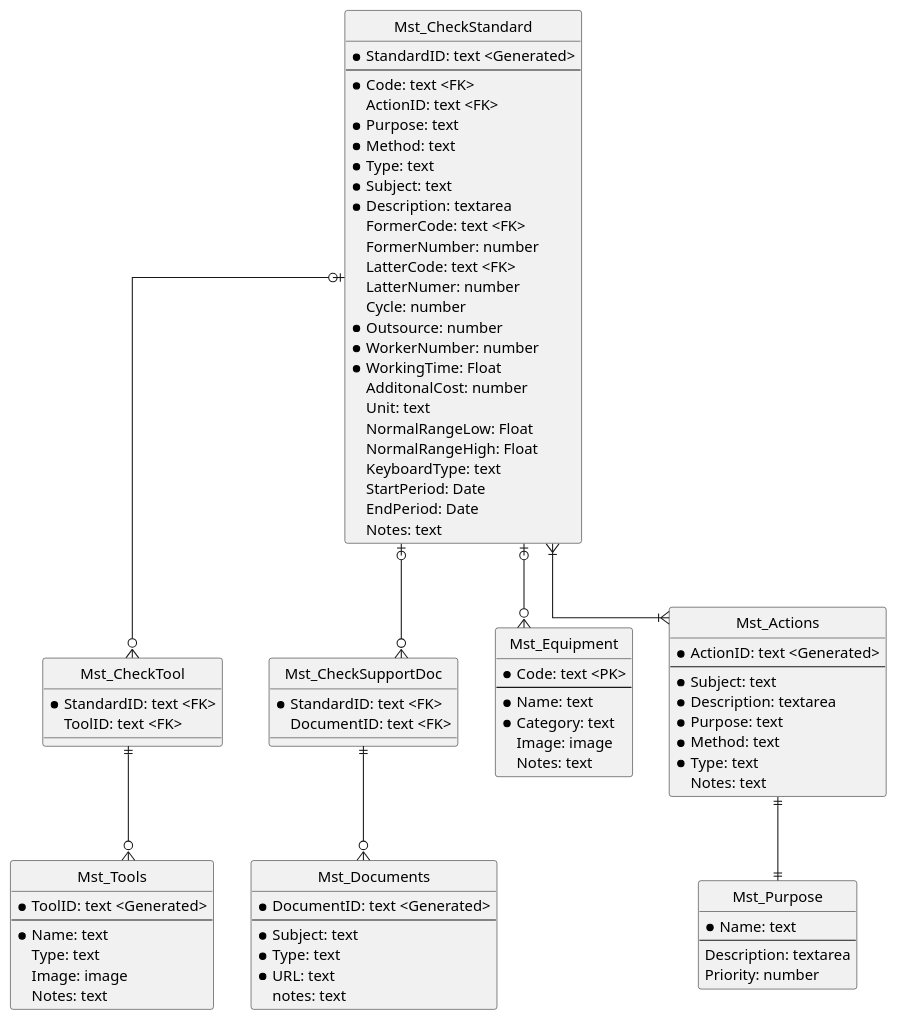
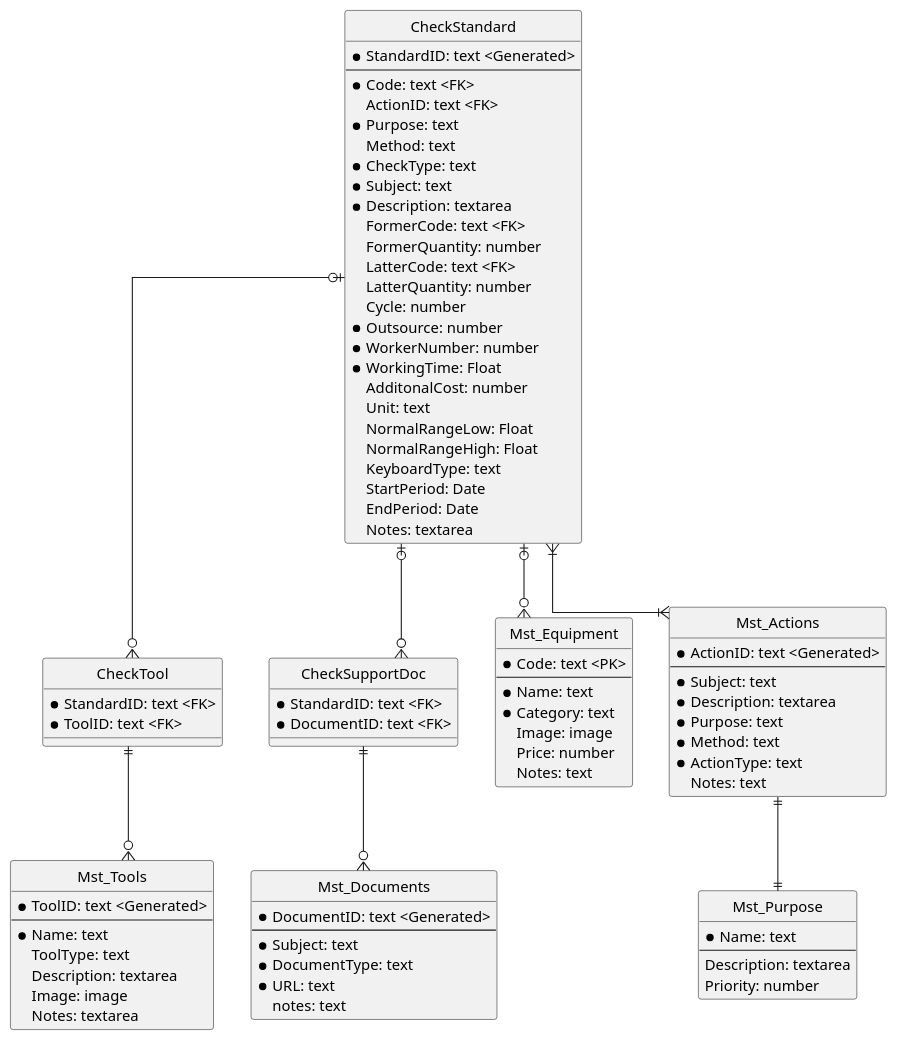
Before and after one commit to himiz6912/mms: the diagram in er_check_standard.pu, drawn with PlantUML. The commit also changed 2 other files, not shown here.

```diff
--- a/er_check_standard.pu
+++ b/er_check_standard.pu
@@ -1,94 +1,97 @@
 @startuml
 hide circle
 skinparam linetype ortho
 
-entity Mst_CheckStandard {
+entity CheckStandard {
     * StandardID: text <Generated>
     --
     * Code: text <FK>
     ActionID: text <FK>
     * Purpose: text
-    * Method: text
-    * Type: text
+    Method: text
+    * CheckType: text
     * Subject: text
     * Description: textarea
     FormerCode: text <FK>
-    FormerNumber: number
+    FormerQuantity: number
     LatterCode: text <FK>
-    LatterNumer: number
+    LatterQuantity: number
     Cycle: number
     * Outsource: number
     * WorkerNumber: number
     * WorkingTime: Float
     AdditonalCost: number
     Unit: text
     NormalRangeLow: Float
     NormalRangeHigh: Float
     KeyboardType: text
     StartPeriod: Date
     EndPeriod: Date
-    Notes: text
+    Notes: textarea
 }
 ' Method: Cleaning/ Visual check/ Listening check/ Touching check/ Measurement/ Recording/ Replacement
 ' Type: Check/ Measure/ Picture/ Upload/ Replacement
-entity Mst_CheckTool {
+entity CheckTool {
     * StandardID: text <FK>
-    ToolID: text <FK>
+    * ToolID: text <FK>
 }
-entity Mst_CheckSupportDoc {
+entity CheckSupportDoc {
     * StandardID: text <FK>
-    DocumentID: text <FK>
+    * DocumentID: text <FK>
 }
 entity Mst_Equipment {
     * Code: text <PK>
     --
     * Name: text
     * Category: text
     Image: image
+    Price: number
     Notes: text
 }
-' Category: Camera/ Recorder/ Periferals/ Panel/ Display/ Sensor/ Mount/ Output/ Communicator/ Power supply
+' Category: Camera/ Recorder/ Periferals/ Panel/ Display/ Sensor/ Mount/ Output/ Communicator/ Power supply/ Battery
 entity Mst_Actions{
     * ActionID: text <Generated>
     --
     * Subject: text
     * Description: textarea
     * Purpose: text
     * Method: text
-    * Type: text
+    * ActionType: text
     Notes: text
 }
+' ActionType: Equipment/ Contract/ Operation/ Environment/ Others
 entity Mst_Tools {
     * ToolID: text <Generated>
     --
     * Name: text
-    Type: text
+    ToolType: text
+    Description: textarea
     Image: image
-    Notes: text
+    Notes: textarea
 }
-' Type: Indivisual tool/ Shared tool/ Purchaising/ Rental
+' ToolType: Indivisual tool/ Shared tool/ Purchaising/ Rental
 entity Mst_Documents {
     * DocumentID: text <Generated>
     --
     * Subject: text
-    * Type: text
+    * DocumentType: text
     * URL: text
     notes: text
 }
-' Type: Manual/ Instructions/ Checklist/ Contract/ Appearance/ Drawing
+' DocumentType: Manual/ Instructions/ Checklist/ Contract/ Appearance/ Drawing
 entity Mst_Purpose {
     * Name: text
     --
     Description: textarea
     Priority: number
 }
 ' Purpose: Cleaning/ Function check/ Performance test/ Safety check/ Environment check/ Prevention measures/ Repair
 ' add Campaign and special check
-Mst_CheckStandard |o--o{ Mst_Equipment
-Mst_CheckStandard |o--o{ Mst_CheckTool
-Mst_CheckStandard |o--o{ Mst_CheckSupportDoc
-Mst_CheckTool ||--o{ Mst_Tools
-Mst_CheckSupportDoc ||--o{ Mst_Documents
-Mst_CheckStandard }|--|{ Mst_Actions
+CheckStandard |o--o{ Mst_Equipment
+CheckStandard |o--o{ CheckTool
+CheckStandard |o--o{ CheckSupportDoc
+CheckTool ||--o{ Mst_Tools
+CheckSupportDoc ||--o{ Mst_Documents
+CheckStandard }|--|{ Mst_Actions
 Mst_Actions ||--|| Mst_Purpose
 @enduml
```
